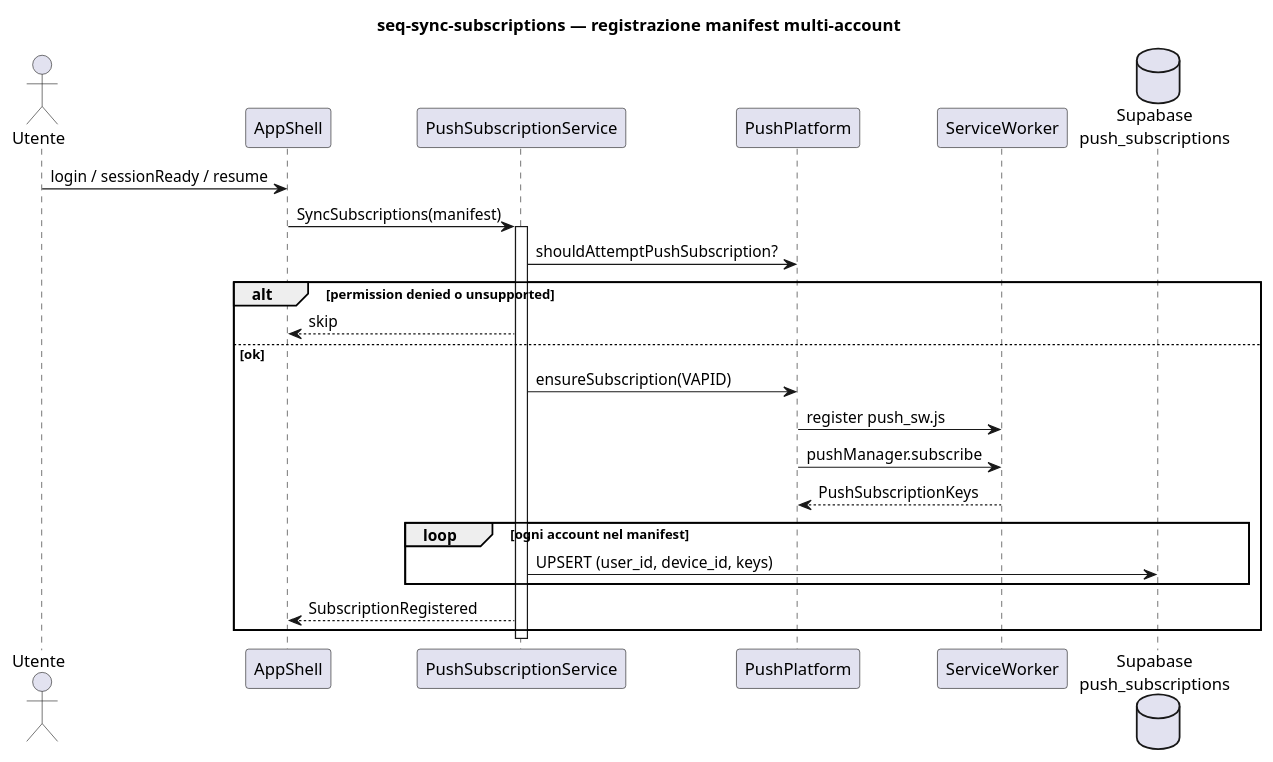
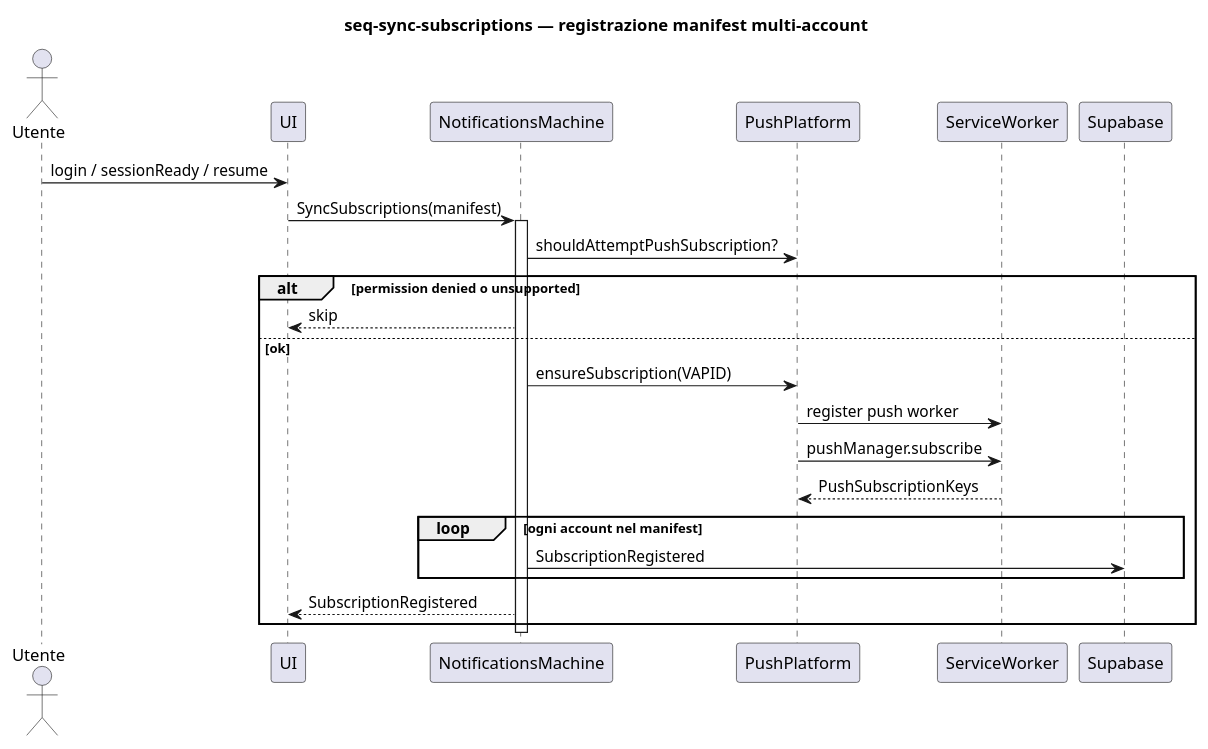
One commit to alfred-im/XmppTest changed the diagram in docs/model/uml/notifications/seq-sync-subscriptions.puml. Above: the diagram before and after it, drawn with PlantUML. The commit also changed 48 other files, not shown here.

```diff
--- a/docs/model/uml/notifications/seq-sync-subscriptions.puml
+++ b/docs/model/uml/notifications/seq-sync-subscriptions.puml
@@ -1,35 +1,36 @@
 @startuml seq-sync-subscriptions
 ' Context: notifications
+' Profile: client
 ' Command: SyncSubscriptions
 ' SDD: SURF-NOTIFICATIONS-001–004
-' Revision: 2026-07-18
+' Revision: 2026-07-19
 
 title seq-sync-subscriptions — registrazione manifest multi-account
 
 actor Utente
-participant "AppShell" as App
-participant "PushSubscriptionService" as Svc
+participant "UI" as UI
+participant "NotificationsMachine" as NM
 participant "PushPlatform" as Plat
 participant "ServiceWorker" as SW
-database "Supabase\npush_subscriptions" as DB
+participant "Supabase" as DB
 
-Utente -> App : login / sessionReady / resume
-App -> Svc : SyncSubscriptions(manifest)
-activate Svc
+Utente -> UI : login / sessionReady / resume
+UI -> NM : SyncSubscriptions(manifest)
+activate NM
 
-Svc -> Plat : shouldAttemptPushSubscription?
+NM -> Plat : shouldAttemptPushSubscription?
 alt permission denied o unsupported
-  Svc --> App : skip
+  NM --> UI : skip
 else ok
-  Svc -> Plat : ensureSubscription(VAPID)
-  Plat -> SW : register push_sw.js
+  NM -> Plat : ensureSubscription(VAPID)
+  Plat -> SW : register push worker
   Plat -> SW : pushManager.subscribe
   SW --> Plat : PushSubscriptionKeys
   loop ogni account nel manifest
-    Svc -> DB : UPSERT (user_id, device_id, keys)
+    NM -> DB : SubscriptionRegistered
   end
-  Svc --> App : SubscriptionRegistered
+  NM --> UI : SubscriptionRegistered
 end
-deactivate Svc
+deactivate NM
 
 @enduml
```
